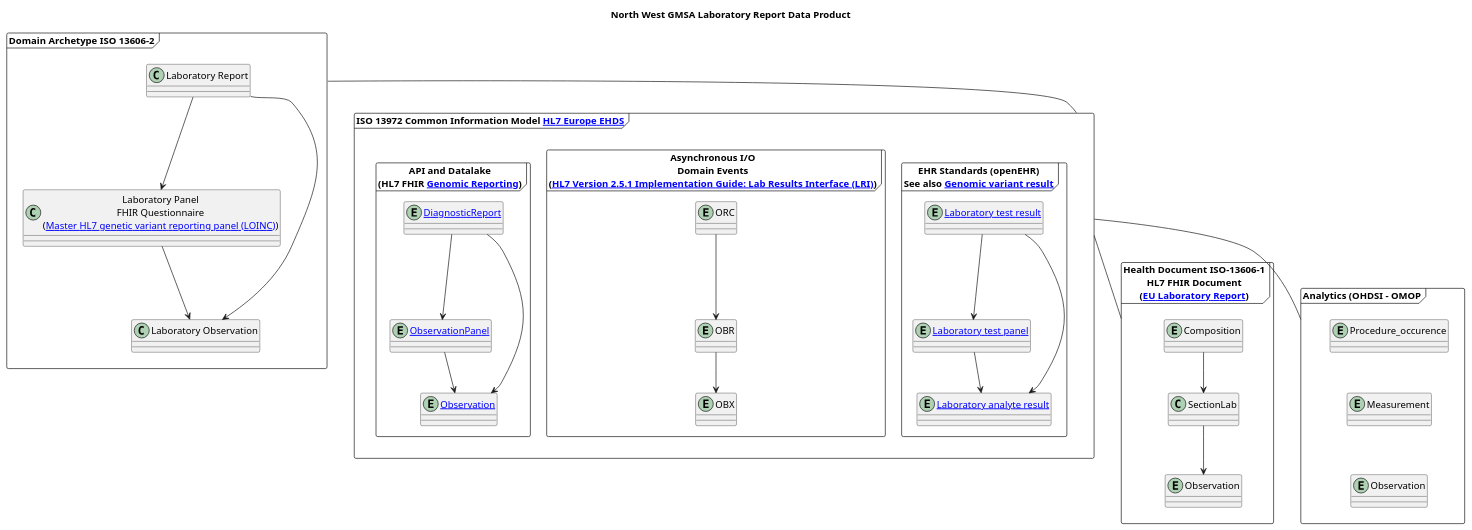
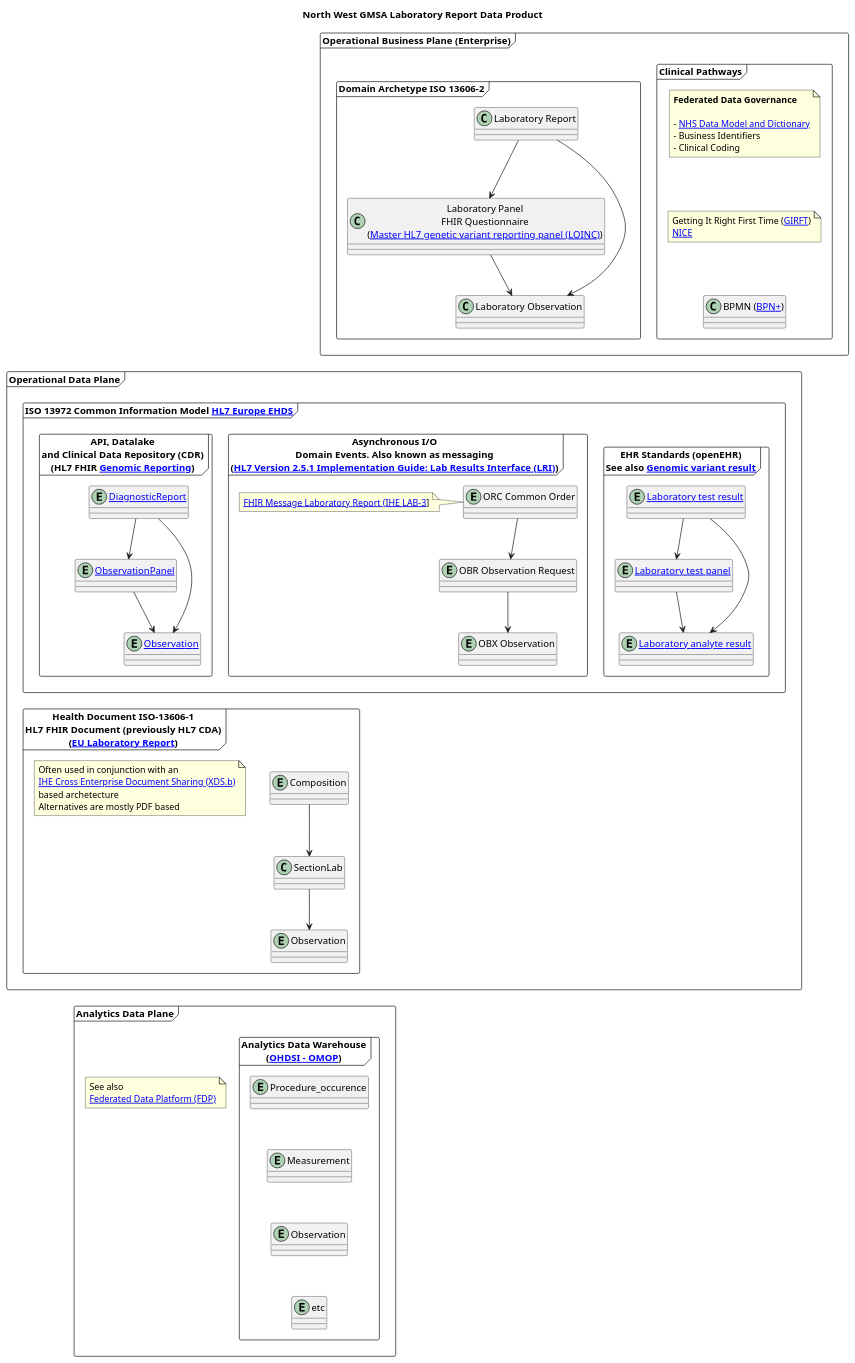
One commit to nw-gmsa/nw-gmsa.github.com changed the diagram in input/images-source/LaboratoryReportDataProduct.plantuml. Above: the diagram before and after it, drawn with PlantUML.

Commit message:
First draft of LabReport Data Product

```diff
--- a/input/images-source/LaboratoryReportDataProduct.plantuml
+++ b/input/images-source/LaboratoryReportDataProduct.plantuml
@@ -1,79 +1,104 @@
 @startuml
 
 skinparam svgDimensionStyle false
 
 title "North West GMSA Laboratory Report Data Product"
 
-frame "Domain Archetype ISO 13606-2" as iso136062 {
+frame "Operational Business Plane (Enterprise)" {
 
-  class "Laboratory Report" as LaboratoryReport {
+  frame "Clinical Pathways" {
+    class "BPMN ([[https://www.bpm-plus.org/ BPN+]])" as BPMN
+
+    note "Getting It Right First Time ([[https://gettingitrightfirsttime.co.uk/ GIRFT]])\n[[https://www.nice.org.uk/ NICE]]" as GIRFT
+
+    note "**Federated Data Governance**\n\n- [[https://www.datadictionary.nhs.uk/ NHS Data Model and Dictionary]]\n- Business Identifiers\n- Clinical Coding" as Governance
+
+    BPMN -u[hidden]- GIRFT
+    Governance -d[hidden]- GIRFT
   }
+  frame "Domain Archetype ISO 13606-2" as iso136062 {
 
-  class "Laboratory Panel\nFHIR Questionnaire\n([[https://nw-gmsa.github.io/R4/Questionnaire-81247-9.html Master HL7 genetic variant reporting panel (LOINC)]])" as LaboratoryPanel
+    class "Laboratory Report" as LaboratoryReport {
+    }
 
-  class "Laboratory Observation" as LaboratoryObservation
+    class "Laboratory Panel\nFHIR Questionnaire\n([[https://nw-gmsa.github.io/R4/Questionnaire-81247-9.html Master HL7 genetic variant reporting panel (LOINC)]])" as LaboratoryPanel
 
-  LaboratoryReport --> LaboratoryPanel
-  LaboratoryReport --> LaboratoryObservation
-  LaboratoryPanel --> LaboratoryObservation
+    class "Laboratory Observation" as LaboratoryObservation
+
+
+    LaboratoryReport --> LaboratoryPanel
+    LaboratoryReport --> LaboratoryObservation
+    LaboratoryPanel --> LaboratoryObservation
+  }
 }
-
+frame "Operational Data Plane"  {
 frame "ISO 13972 Common Information Model [[https://hl7europe.org/standards/ehds/ HL7 Europe EHDS]]" as iso13972 {
 
   frame "EHR Standards (openEHR)\nSee also [[https://ckm.openehr.org/ckm/archetypes/1013.1.3759 Genomic variant result]]" as openEHR {
     entity "[[https://ckm.openehr.org/ckm/archetypes/1013.1.2191 Laboratory test result]]" as openEHRLaboratoryReport
     entity "[[https://ckm.openehr.org/ckm/archetypes/1013.1.2192 Laboratory test panel]]" as openEHRLaboratoryPanel
     entity "[[https://ckm.openehr.org/ckm/archetypes/1013.1.2881 Laboratory analyte result]]" as openEHRLaboratoryAnalyte
 
     openEHRLaboratoryReport --> openEHRLaboratoryPanel
     openEHRLaboratoryReport --> openEHRLaboratoryAnalyte
     openEHRLaboratoryPanel --> openEHRLaboratoryAnalyte
 
   }
 
-  frame "Asynchronous I/O\nDomain Events\n([[https://confluence.hl7.org/download/attachments/25559919/2018%2004%2003%20-%20V2%20LRI%20-%20Ch.%205%20CG%20and%20Code%20System%20Tables.pdf?api=v2 HL7 Version 2.5.1 Implementation Guide: Lab Results Interface (LRI)]])" as HL7v2 {
-    entity ORC
-    entity OBR
-    entity OBX
+  frame "Asynchronous I/O\nDomain Events. Also known as messaging\n([[https://confluence.hl7.org/download/attachments/25559919/2018%2004%2003%20-%20V2%20LRI%20-%20Ch.%205%20CG%20and%20Code%20System%20Tables.pdf?api=v2 HL7 Version 2.5.1 Implementation Guide: Lab Results Interface (LRI)]])" as HL7v2 {
+    entity "ORC Common Order" as ORC
+    entity "OBR Observation Request" as OBR
+    entity "OBX Observation" as OBX
+    note "[[LAB-3.html FHIR Message Laboratory Report (IHE LAB-3]]]" as messaging
 
+    messaging -r[hidden]- ORC
     ORC --> OBR
     OBR --> OBX
 
   }
 
-  frame "API and Datalake\n(HL7 FHIR [[https://build.fhir.org/ig/HL7/genomics-reporting/index.html Genomic Reporting]])" as FHR {
+  frame "API, Datalake\nand Clinical Data Repository (CDR)\n(HL7 FHIR [[https://build.fhir.org/ig/HL7/genomics-reporting/index.html Genomic Reporting]])" as FHR {
     entity "[[DiagnosticReport]]" as DiagnosticReport
     entity "[[StructureDefinition-Observation-Panel.html ObservationPanel]]" as ObservationPanel
     entity "[[Observation]]" as Observation
 
     DiagnosticReport --> ObservationPanel
     DiagnosticReport --> Observation
     ObservationPanel --> Observation
 
   }
+
 }
 
-frame "Health Document ISO-13606-1\nHL7 FHIR Document\n([[https://build.fhir.org/ig/hl7-eu/laboratory/ EU Laboratory Report]])" as iso136061 {
+ frame "Health Document ISO-13606-1\nHL7 FHIR Document (previously HL7 CDA)\n([[https://build.fhir.org/ig/hl7-eu/laboratory/ EU Laboratory Report]])" as iso136061 {
     entity Composition
     class SectionLab
-    entity Observation
+    entity "Observation" as cdaObservation
+    note "Often used in conjunction with an\n[[https://profiles.ihe.net/ITI/TF/Volume1/ch-10.html IHE Cross Enterprise Document Sharing (XDS.b)]]\nbased archetecture\nAlternatives are mostly PDF based" as XDS
 
     Composition --> SectionLab
-    SectionLab --> Observation
+    SectionLab --> cdaObservation
+  }
 }
 
-frame "Analytics (OHDSI - OMOP" as Analytics {
+frame "Analytics Data Plane"  {
+
+frame "Analytics Data Warehouse\n([[https://www.ohdsi.org/data-standardization/ OHDSI - OMOP]])" as Analytics {
     entity Procedure_occurence
     entity Measurement
     entity "Observation" as OMOPObservation
+    entity etc
 
     Procedure_occurence -d[hidden]- Measurement
     Measurement -d[hidden]- OMOPObservation
+    OMOPObservation -d[hidden]- etc
+}
+ note "See also\n[[https://www.england.nhs.uk/digitaltechnology/nhs-federated-data-platform/ Federated Data Platform (FDP)]]" as FDP
 }
 
-iso136062 -d- iso13972
-iso13972 -d- iso136061
-iso13972 -d- Analytics
+LaboratoryObservation -d[hidden]- ORC
+Observation -d[hidden]- Composition
+cdaObservation -d[hidden]- Procedure_occurence
 
 
 @enduml
```
